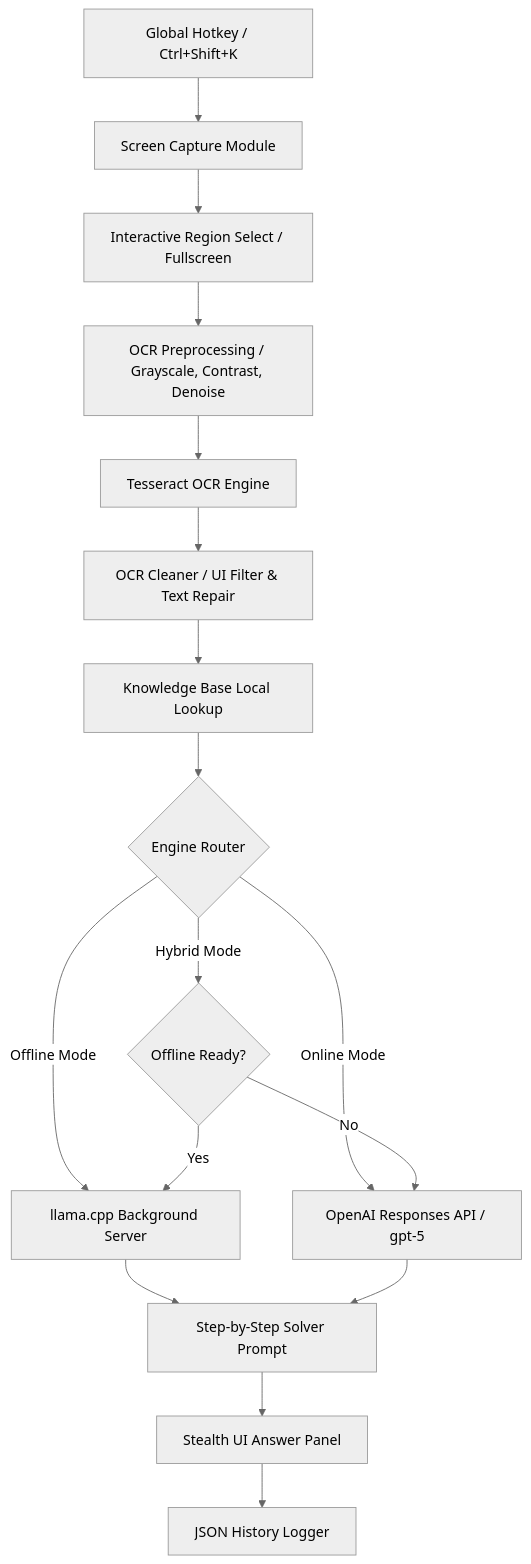
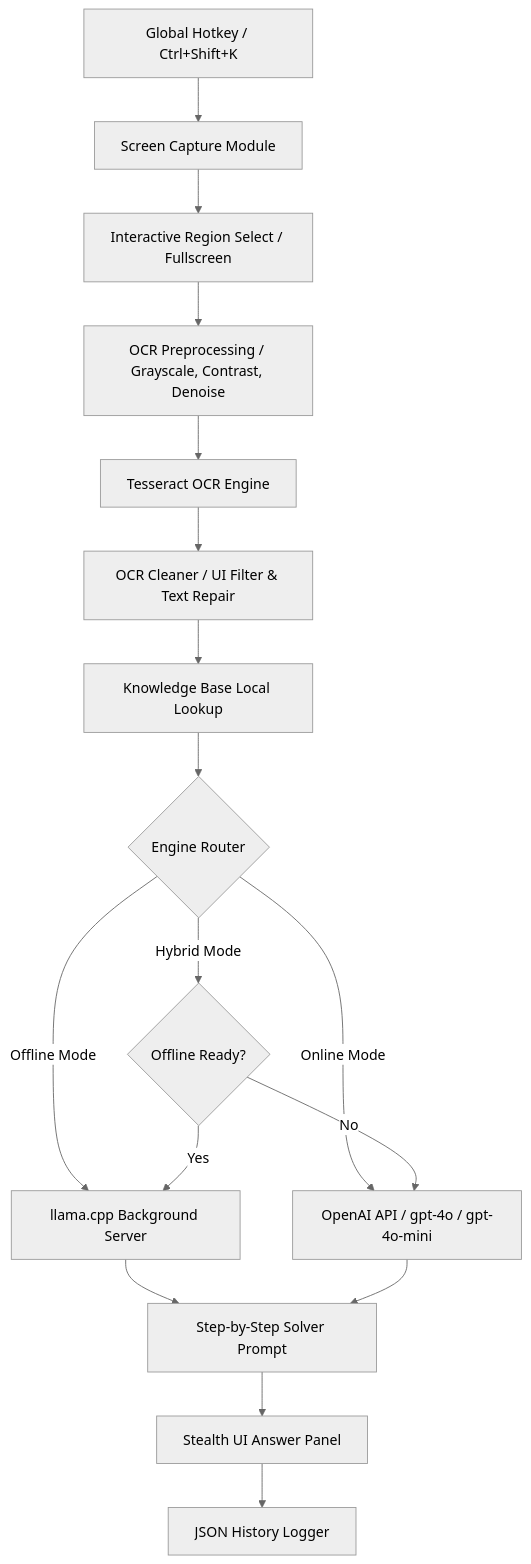
One commit to adarsh0044321/focusflow changed the diagram in README.md. Above: the diagram before and after it, drawn with Mermaid (neutral theme). The commit also changed other lines of this file, not shown here.

Commit message:
docs: update README with supported OpenAI models and PyInstaller spec build guide

````diff
--- a/README.md
+++ b/README.md
@@ -37,22 +37,22 @@
 ```mermaid
 graph TD
     A[Global Hotkey / Ctrl+Shift+K] --> B[Screen Capture Module]
     B --> C[Interactive Region Select / Fullscreen]
     C --> D[OCR Preprocessing / Grayscale, Contrast, Denoise]
     D --> E[Tesseract OCR Engine]
     E --> F[OCR Cleaner / UI Filter & Text Repair]
     F --> G[Knowledge Base Local Lookup]
     G --> H{Engine Router}
     
     H -- Offline Mode --> I[llama.cpp Background Server]
-    H -- Online Mode --> J[OpenAI Responses API / gpt-5]
+    H -- Online Mode --> J[OpenAI API / gpt-4o / gpt-4o-mini]
     H -- Hybrid Mode --> K{Offline Ready?}
     
     K -- Yes --> I
     K -- No --> J
     
     I --> L[Step-by-Step Solver Prompt]
     J --> L
     L --> M[Stealth UI Answer Panel]
     M --> N[JSON History Logger]
 ```
````
